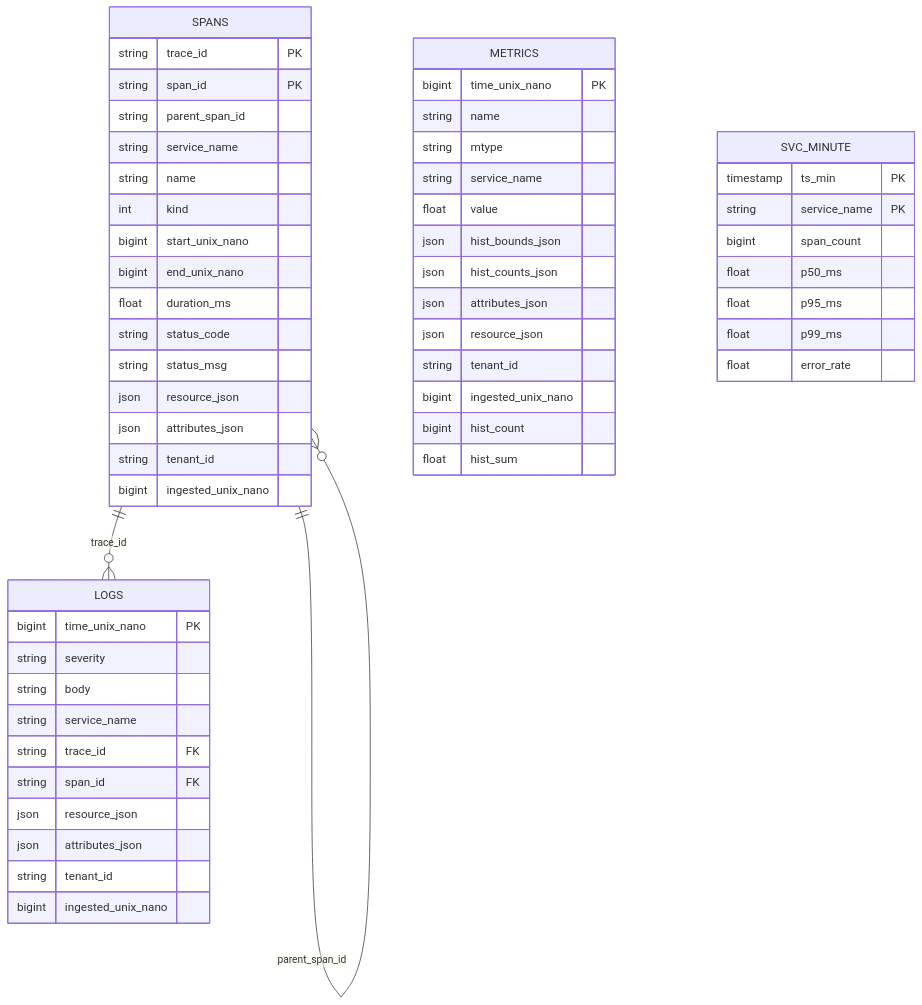
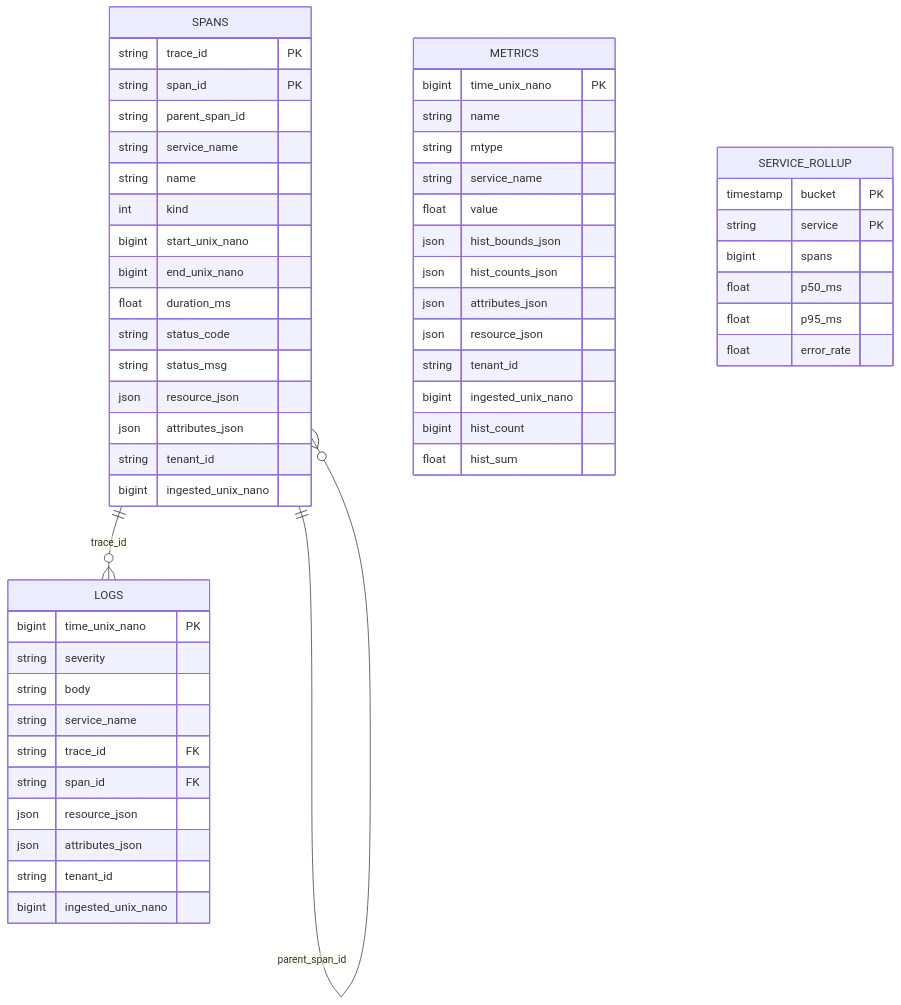
The fifth of 6 diagrams in ARCHITECTURE.md (labstack/fanout), drawn with Mermaid before and after one commit. The commit also changed other lines of this file and 50 other files, not shown here.

````diff
--- a/ARCHITECTURE.md
+++ b/ARCHITECTURE.md
@@ -181,62 +181,61 @@
 ```mermaid
 erDiagram
     SPANS {
         string trace_id PK
         string span_id PK
         string parent_span_id
         string service_name
         string name
         int kind
         bigint start_unix_nano
         bigint end_unix_nano
         float duration_ms
         string status_code
         string status_msg
         json resource_json
         json attributes_json
         string tenant_id
         bigint ingested_unix_nano
     }
 
     LOGS {
         bigint time_unix_nano PK
         string severity
         string body
         string service_name
         string trace_id FK
         string span_id FK
         json resource_json
         json attributes_json
         string tenant_id
         bigint ingested_unix_nano
     }
 
     METRICS {
         bigint time_unix_nano PK
         string name
         string mtype
         string service_name
         float value
         json hist_bounds_json
         json hist_counts_json
         json attributes_json
         json resource_json
         string tenant_id
         bigint ingested_unix_nano
         bigint hist_count
         float hist_sum
     }
 
-    SVC_MINUTE {
-        timestamp ts_min PK
-        string service_name PK
-        bigint span_count
+    SERVICE_ROLLUP {
+        timestamp bucket PK
+        string service PK
+        bigint spans
         float p50_ms
         float p95_ms
-        float p99_ms
         float error_rate
     }
 
     SPANS ||--o{ LOGS : "trace_id"
     SPANS ||--o{ SPANS : "parent_span_id"
 ```
````
